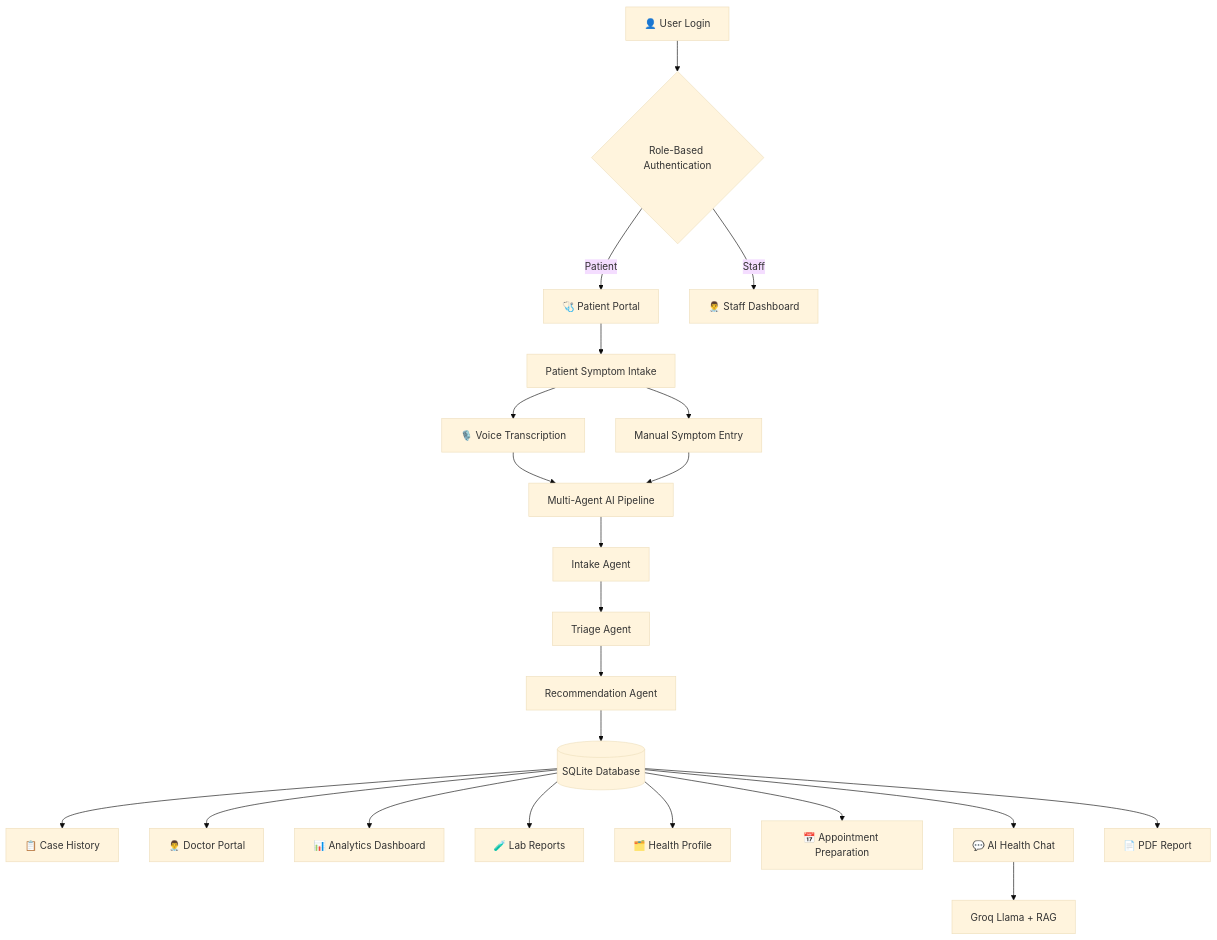
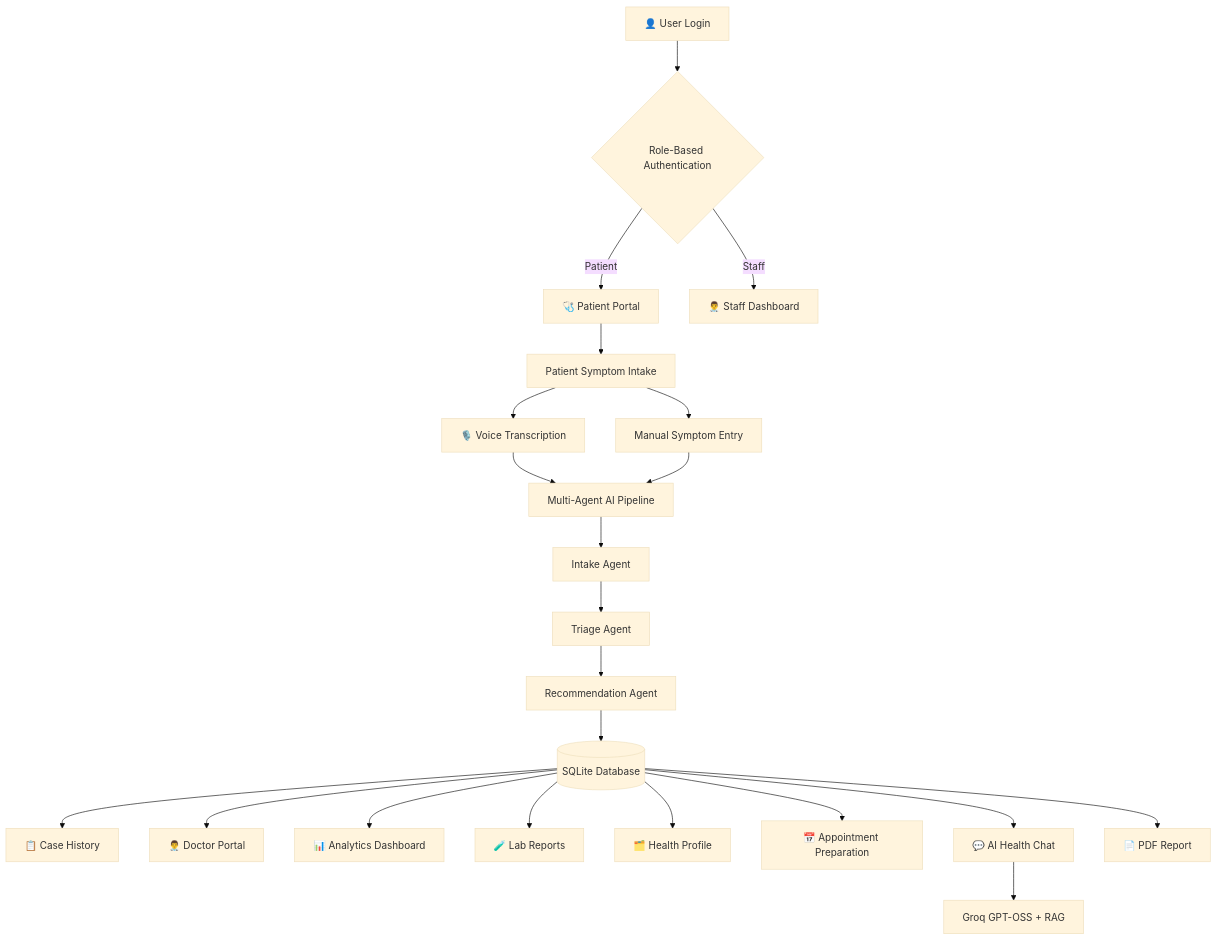
The diagram in README.md (Aarya0706/mediagent-ai), drawn with Mermaid (base theme) before and after one commit. The commit also changed other lines of this file, not shown here.

Commit message:
docs: fix README to reflect GPT-OSS model (was showing stale Llama 3 references), add evaluation section

````diff
--- a/README.md
+++ b/README.md
@@ -145,34 +161,34 @@
 ```mermaid
 flowchart TD
 
 A[👤 User Login] --> B{Role-Based Authentication}
 
 B -->|Patient| C[🩺 Patient Portal]
 B -->|Staff| D[👨‍⚕️ Staff Dashboard]
 
 C --> E[Patient Symptom Intake]
 
 E --> F[🎙️ Voice Transcription]
 E --> G[Manual Symptom Entry]
 
 F --> H[Multi-Agent AI Pipeline]
 G --> H
 
 H --> I[Intake Agent]
 I --> J[Triage Agent]
 J --> K[Recommendation Agent]
 
 K --> L[(SQLite Database)]
 
 L --> M[📋 Case History]
 L --> N[👨‍⚕️ Doctor Portal]
 L --> O[📊 Analytics Dashboard]
 L --> P[🧪 Lab Reports]
 L --> Q[🗂️ Health Profile]
 L --> R[📅 Appointment Preparation]
 L --> S[💬 AI Health Chat]
 
-S --> T[Groq Llama + RAG]
+S --> T[Groq GPT-OSS + RAG]
 
 L --> U[📄 PDF Report]
 ```
````
